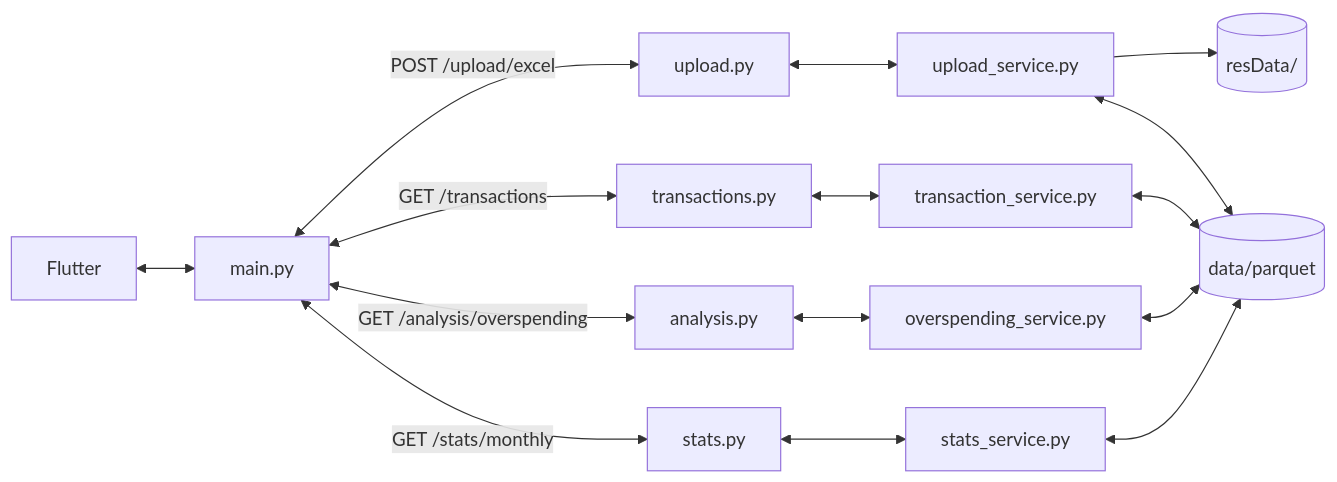
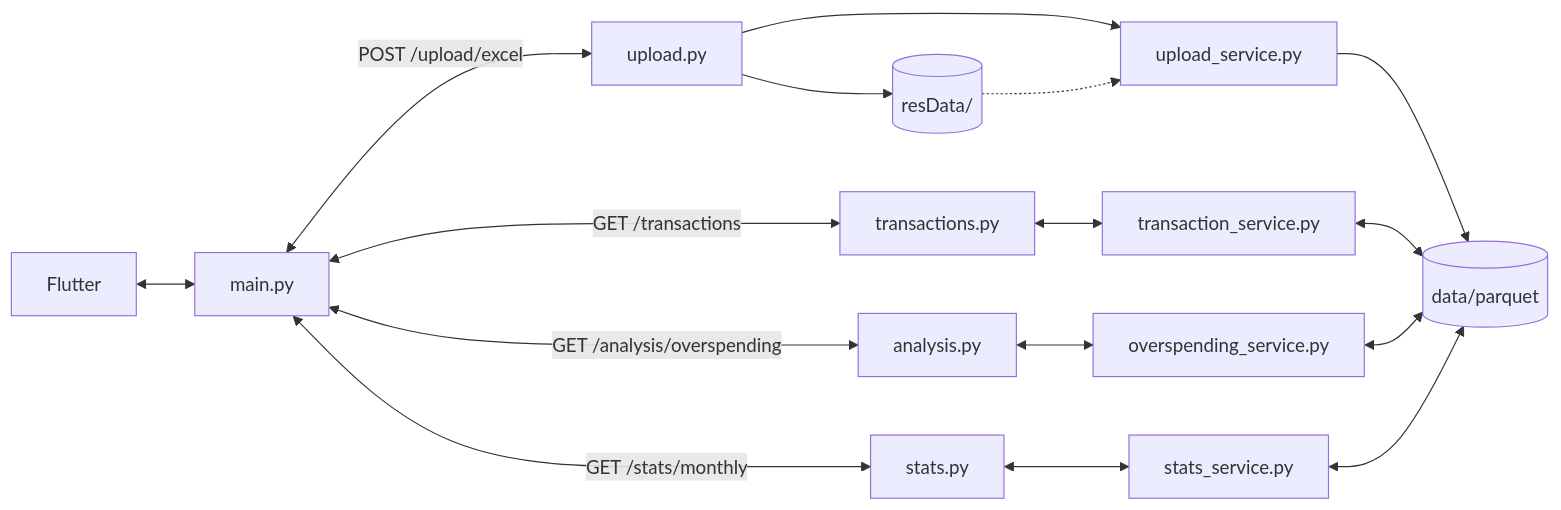
The diagram in backend/README.md (likewhat9901/BankSalad_SideProject), drawn with Mermaid before and after one commit. The commit also changed 1 other file, not shown here.

Commit message:
251206 1902 pc 작업 commit

````diff
--- a/backend/README.md
+++ b/backend/README.md
@@ -26,17 +26,18 @@
 ```mermaid
 flowchart LR
     A[Flutter] <--> B[main.py]
 
     B <-->|POST /upload/excel| C[upload.py]
     B <-->|GET /transactions| D[transactions.py]
     B <-->|GET /analysis/overspending| E[analysis.py]
     B <-->|GET /stats/monthly| F[stats.py]
 
-    C <--> C1[upload_service.py]
-    C1 --> H[(resData/)]
-    C1 <--> G[(data/parquet)]
+    C --> H[(resData/)]
+    C --> C1[upload_service.py]
+    H -.-> C1
+    C1 --> G[(data/parquet)]
 
     D <--> D1[transaction_service.py] <--> G
     E <--> E1[overspending_service.py] <--> G
     F <--> F1[stats_service.py] <--> G
 ``` 
````
